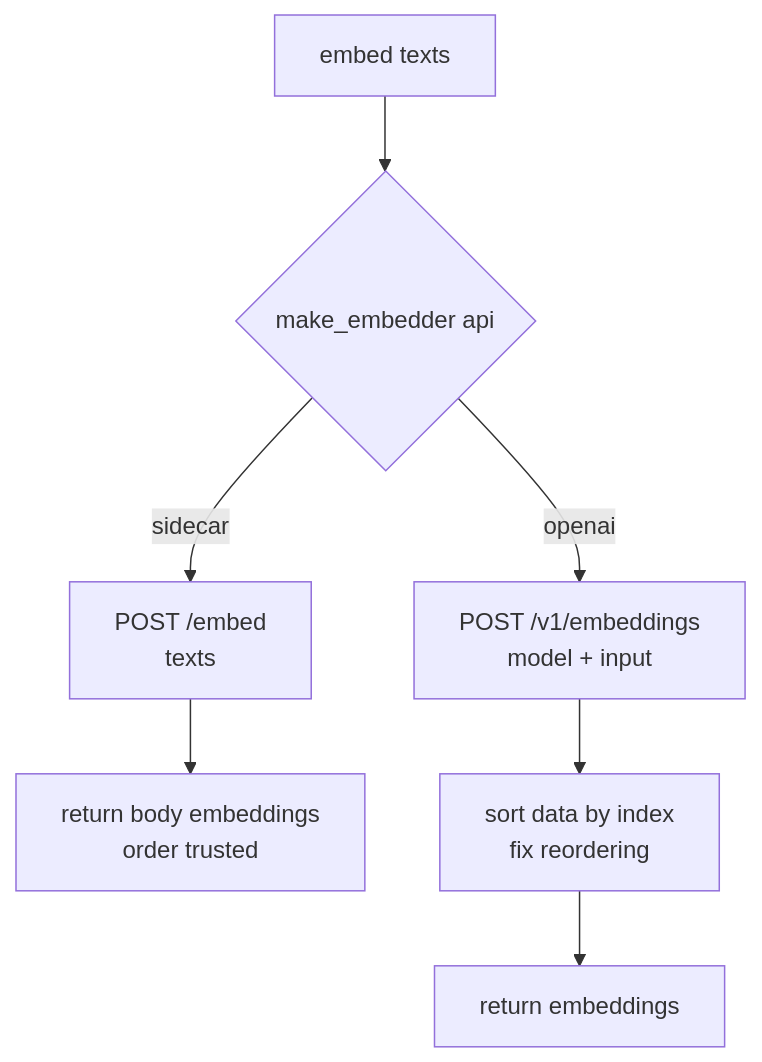
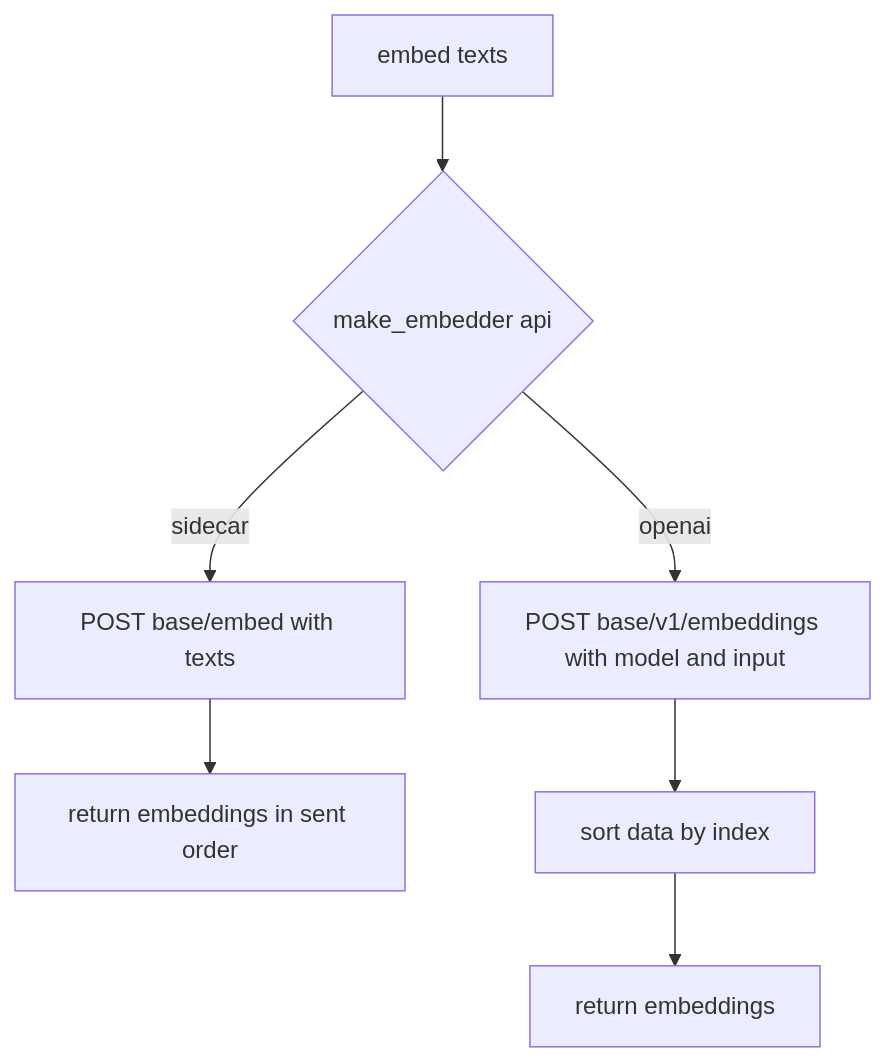
One commit to wilke/ragstack changed diagram 18 of 45 in docs/ARCHITECTURE-DEEP-DIVE.md. Above: the diagram before and after it, drawn with Mermaid. The commit also changed other lines of this file and 2 other files, not shown here.

First line of the commit message:
docs: rewrite the architecture deep-dive against main 22b44be (#631)

````diff
--- a/docs/ARCHITECTURE-DEEP-DIVE.md
+++ b/docs/ARCHITECTURE-DEEP-DIVE.md
@@ -475,9 +1001,9 @@
 ```mermaid
 flowchart TD
-  A[embed texts] --> B{make_embedder api}
-  B -->|sidecar| C[POST /embed<br/>texts]
-  B -->|openai| D[POST /v1/embeddings<br/>model + input]
-  C --> E[return body embeddings<br/>order trusted]
-  D --> F[sort data by index<br/>fix reordering]
-  F --> G[return embeddings]
+  A["embed texts"] --> B{"make_embedder api"}
+  B -- "sidecar" --> C["POST base/embed with texts"]
+  B -- "openai" --> D["POST base/v1/embeddings with model and input"]
+  C --> E["return embeddings in sent order"]
+  D --> F["sort data by index"]
+  F --> G["return embeddings"]
 ```
````
